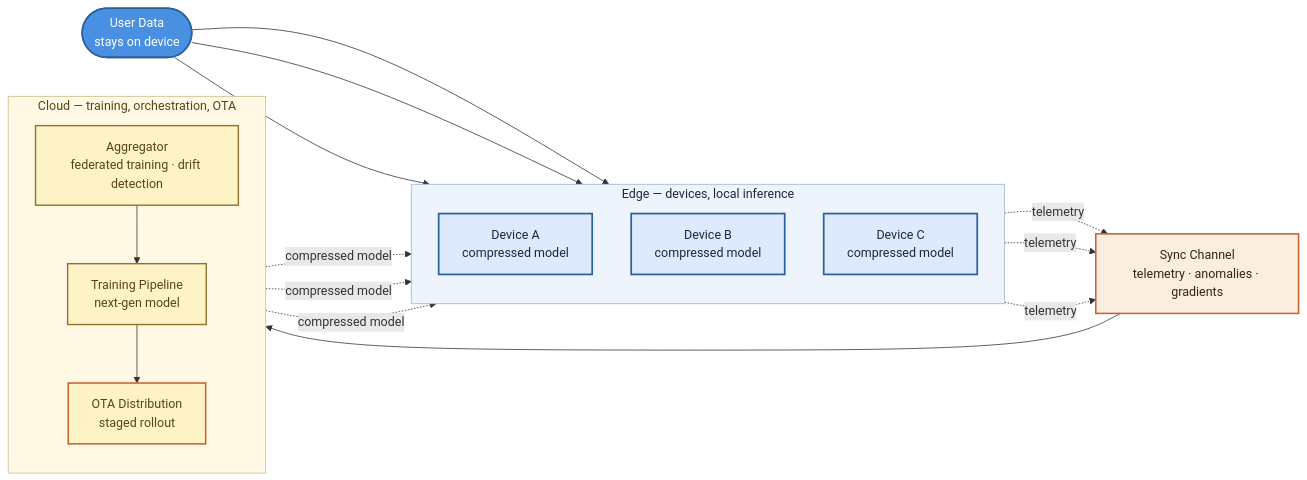
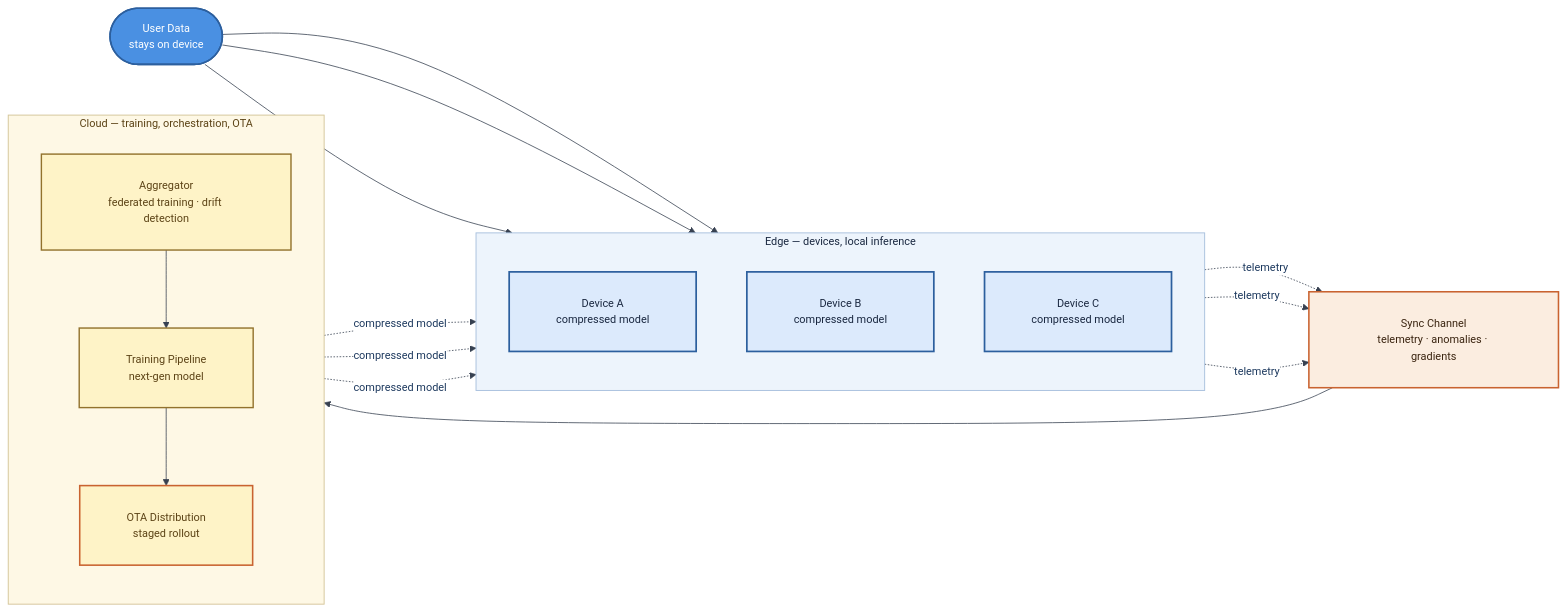
The diagram in content/system-design/edge-ai/diagram.mmd (jeril-ascendion/knowledge-library), drawn with Mermaid before and after one commit. The commit also changed 177 other files, not shown here.

```diff
--- a/content/system-design/edge-ai/diagram.mmd
+++ b/content/system-design/edge-ai/diagram.mmd
@@ -1,63 +1,64 @@
+%%{init:{'theme':'base','themeVariables':{'fontSize':'14px','fontFamily':'IBM Plex Sans, system-ui, sans-serif','primaryColor':'#DBEAFE','primaryTextColor':'#1e3a5f','primaryBorderColor':'#2563EB','lineColor':'#374151','clusterBkg':'#F9FAFB','clusterBorder':'#D1D5DB','edgeLabelBackground':'#FFFFFF'},'flowchart':{'curve':'orthogonal','padding':30,'nodeSpacing':65,'rankSpacing':75,'useMaxWidth':true}}}%%
 flowchart LR
 
     %% ─── Edge devices (where data and inference live) ───
     subgraph EDGE [Edge &mdash; devices, local inference]
         direction TB
         DEV1[Device A<br/>compressed model]
         DEV2[Device B<br/>compressed model]
         DEV3[Device C<br/>compressed model]
     end
 
     %% ─── Sync channel (carrying minimum necessary upstream) ───
     SYNC[Sync Channel<br/>telemetry &middot; anomalies &middot; gradients]
 
     %% ─── Cloud side (training and orchestration) ───
     subgraph CLOUD [Cloud &mdash; training, orchestration, OTA]
         direction TB
         AGG[Aggregator<br/>federated training &middot; drift detection]
         TRAIN[Training Pipeline<br/>next-gen model]
         OTA[OTA Distribution<br/>staged rollout]
     end
 
     %% ─── User-facing data (stays at edge) ───
     DATA([User Data<br/>stays on device])
 
     %% ─── Local inference flow ───
     DATA --> DEV1
     DATA --> DEV2
     DATA --> DEV3
 
     %% ─── Upstream: minimum necessary ───
     DEV1 -.telemetry.-> SYNC
     DEV2 -.telemetry.-> SYNC
     DEV3 -.telemetry.-> SYNC
     SYNC --> AGG
 
     %% ─── Cloud-side processing ───
     AGG --> TRAIN
     TRAIN --> OTA
 
     %% ─── Downstream: model updates ───
     OTA -.compressed model.-> DEV1
     OTA -.compressed model.-> DEV2
     OTA -.compressed model.-> DEV3
 
     %% ─── NODE STYLES ───
     style DATA fill:#4A90E2,stroke:#2C5F9E,stroke-width:2px,color:#FFFFFF
 
     %% Edge devices: emphasised blue (the inference site)
     style DEV1 fill:#DCEAFC,stroke:#2C5F9E,stroke-width:2.2px,color:#1A2840
     style DEV2 fill:#DCEAFC,stroke:#2C5F9E,stroke-width:2.2px,color:#1A2840
     style DEV3 fill:#DCEAFC,stroke:#2C5F9E,stroke-width:2.2px,color:#1A2840
 
     %% Sync channel: cream (the constrained pipe)
     style SYNC fill:#FBEDE0,stroke:#C96330,stroke-width:2px,color:#3A2410
 
     %% Cloud-side: amber (training and orchestration)
     style AGG   fill:#FEF3C7,stroke:#92722C,stroke-width:1.8px,color:#5C4316
     style TRAIN fill:#FEF3C7,stroke:#92722C,stroke-width:1.8px,color:#5C4316
     style OTA   fill:#FEF3C7,stroke:#C96330,stroke-width:2px,color:#5C4316
 
     %% ─── CLUSTER STYLES ───
     style EDGE  fill:#EDF4FC,stroke:#A8C0DD,stroke-width:1.2px,color:#1A2840
     style CLOUD fill:#FEF8E5,stroke:#D4C599,stroke-width:1.2px,color:#5C4316
```
